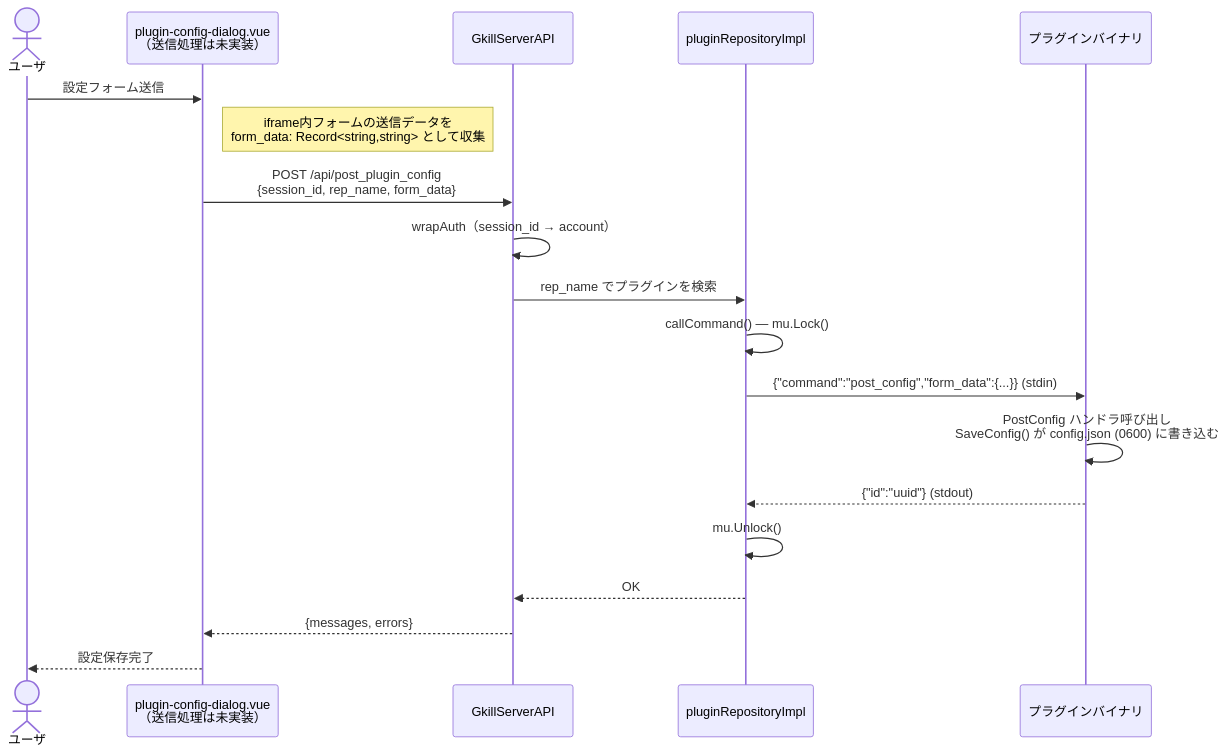
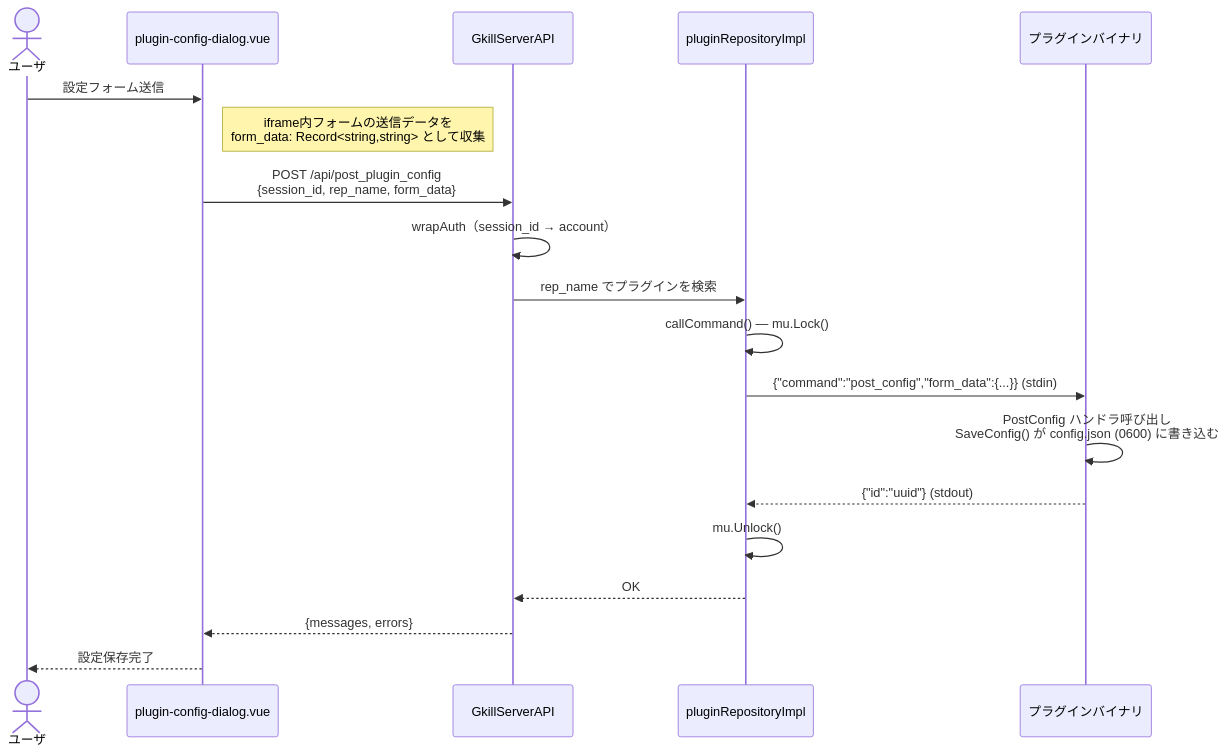
Diagram 21 of 28 in documents/reverse/sequence-diagrams.md (mt3hr/gkill), drawn with Mermaid before and after one commit. The commit also changed other lines of this file and 146 other files, not shown here.

````diff
--- a/documents/reverse/sequence-diagrams.md
+++ b/documents/reverse/sequence-diagrams.md
@@ -624,22 +633,22 @@
 ```mermaid
 sequenceDiagram
     actor User as ユーザ
-    participant UI as plugin-config-dialog.vue<br>（送信処理は未実装）
+    participant UI as plugin-config-dialog.vue
     participant API as GkillServerAPI
     participant PluginRepo as pluginRepositoryImpl
     participant Plugin as プラグインバイナリ
 
     User->>UI: 設定フォーム送信
     Note right of UI: iframe内フォームの送信データを<br>form_data: Record<string,string> として収集
     UI->>API: POST /api/post_plugin_config<br>{session_id, rep_name, form_data}
     API->>API: wrapAuth（session_id → account）
     API->>PluginRepo: rep_name でプラグインを検索
     PluginRepo->>PluginRepo: callCommand() — mu.Lock()
     PluginRepo->>Plugin: {"command":"post_config","form_data":{...}} (stdin)
     Plugin->>Plugin: PostConfig ハンドラ呼び出し<br>SaveConfig() が config.json (0600) に書き込む
     Plugin-->>PluginRepo: {"id":"uuid"} (stdout)
     PluginRepo->>PluginRepo: mu.Unlock()
     PluginRepo-->>API: OK
     API-->>UI: {messages, errors}
     UI-->>User: 設定保存完了
 ```
````
